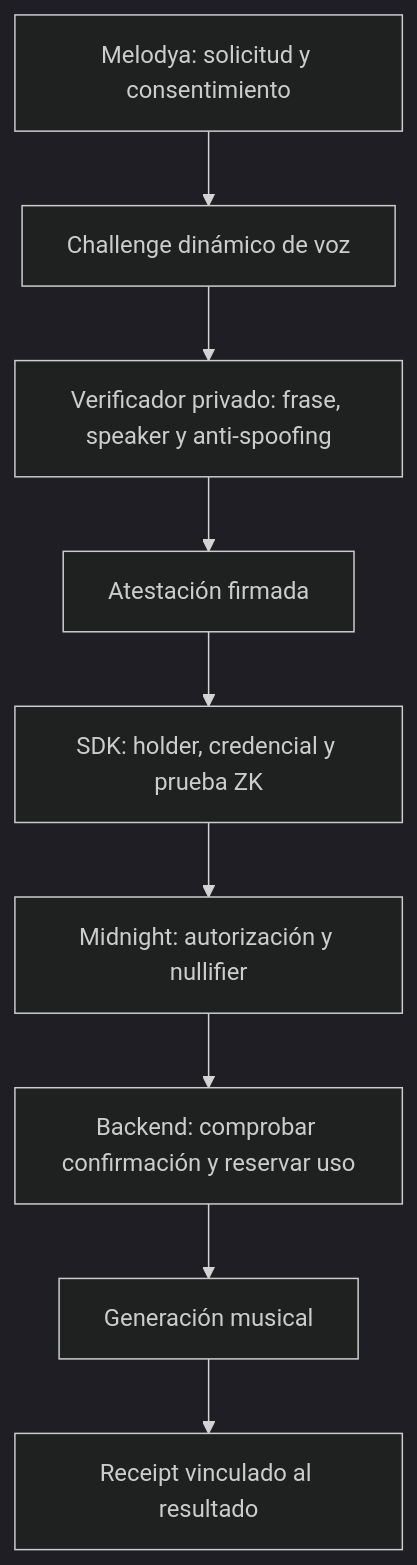
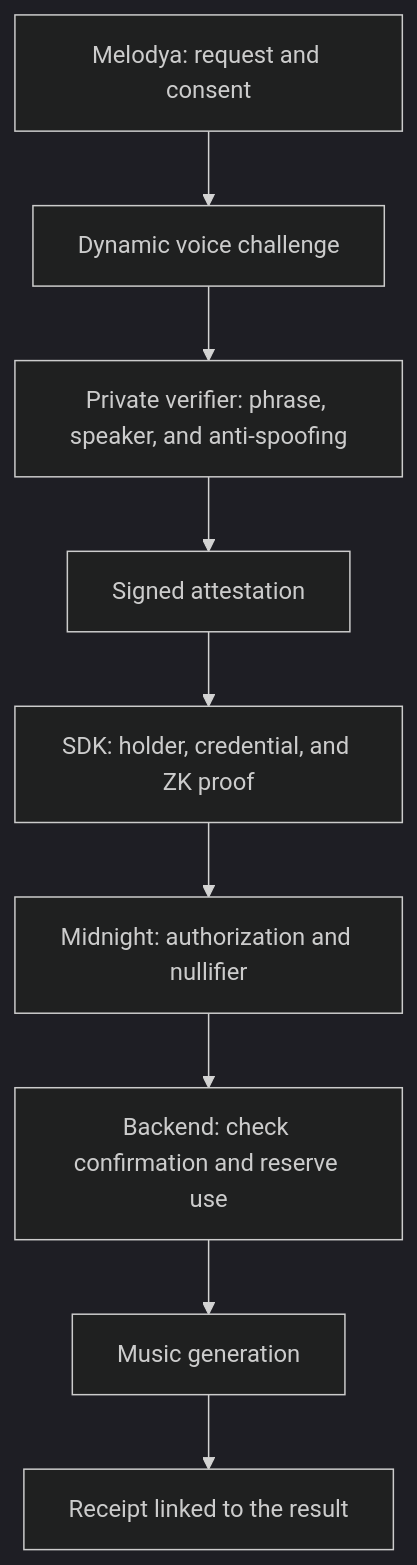
One commit to ImaaValenzuela/midnight-proof-of-voice changed the diagram in README.md. Above: the diagram before and after it, drawn with Mermaid (dark theme). The commit also changed other lines of this file and 1 other file, not shown here.

Commit message:
docs: translate VoiceProof documentation into English

````diff
--- a/README.md
+++ b/README.md
@@ -35,11 +35,11 @@
 ```mermaid
 flowchart TD
-    A[Melodya: solicitud y consentimiento] --> B[Challenge dinámico de voz]
-    B --> C[Verificador privado: frase, speaker y anti-spoofing]
-    C --> D[Atestación firmada]
-    D --> E[SDK: holder, credencial y prueba ZK]
-    E --> F[Midnight: autorización y nullifier]
-    F --> G[Backend: comprobar confirmación y reservar uso]
-    G --> H[Generación musical]
-    H --> I[Receipt vinculado al resultado]
+    A[Melodya: request and consent] --> B[Dynamic voice challenge]
+    B --> C[Private verifier: phrase, speaker, and anti-spoofing]
+    C --> D[Signed attestation]
+    D --> E[SDK: holder, credential, and ZK proof]
+    E --> F[Midnight: authorization and nullifier]
+    F --> G[Backend: check confirmation and reserve use]
+    G --> H[Music generation]
+    H --> I[Receipt linked to the result]
 ```
````
